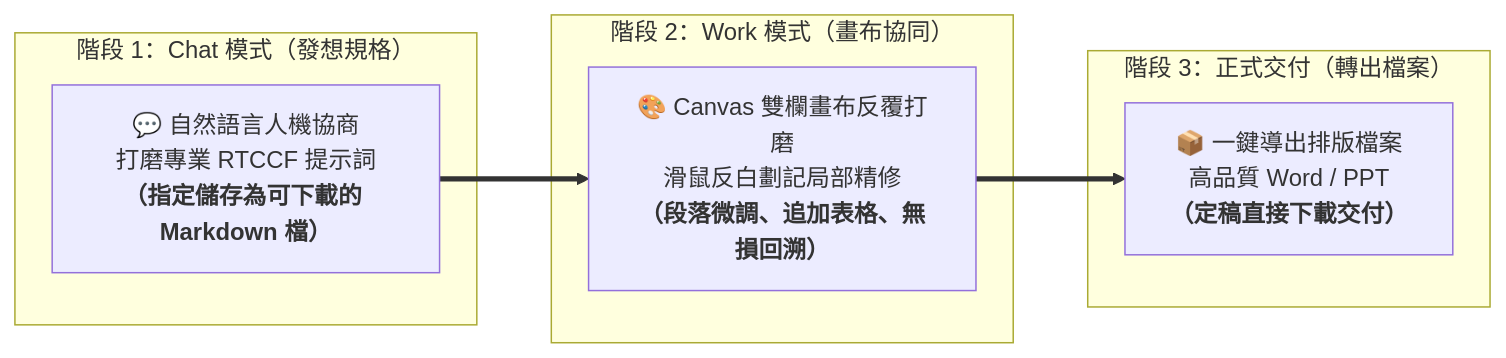
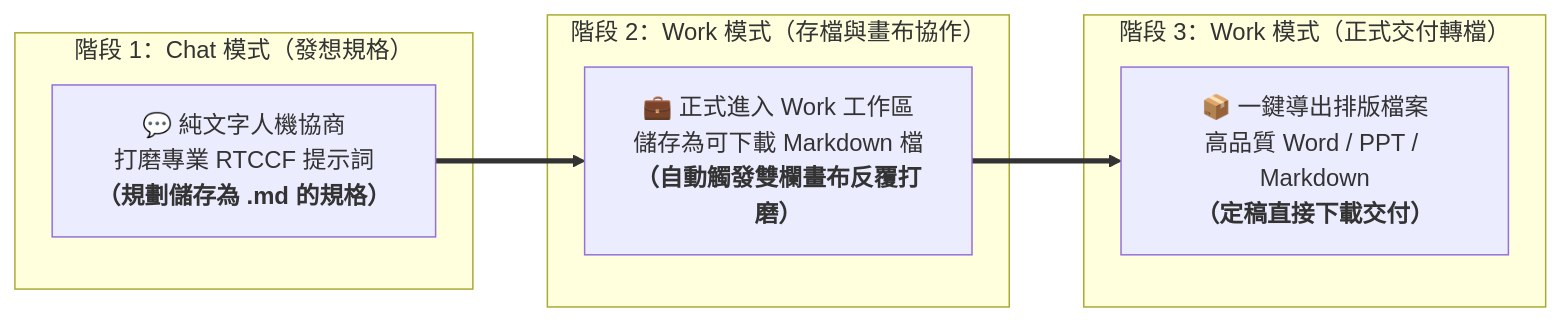
The diagram in chatGPT/03_Canvas/README.md (roberthsu2003/workflow-productivity), drawn with Mermaid before and after one commit. The commit also changed other lines of this file, not shown here.

````diff
--- a/chatGPT/03_Canvas/README.md
+++ b/chatGPT/03_Canvas/README.md
@@ -33,13 +43,13 @@
 ```mermaid
 flowchart LR
     subgraph S1["階段 1：Chat 模式（發想規格）"]
-        A["💬 自然語言人機協商<br>打磨專業 RTCCF 提示詞<br><b>（指定儲存為可下載的 Markdown 檔）</b>"]
+        A["💬 純文字人機協商<br>打磨專業 RTCCF 提示詞<br><b>（規劃儲存為 .md 的規格）</b>"]
     end
-    subgraph S2["階段 2：Work 模式（畫布協同）"]
-        B["🎨 Canvas 雙欄畫布反覆打磨<br>滑鼠反白劃記局部精修<br><b>（段落微調、追加表格、無損回溯）</b>"]
+    subgraph S2["階段 2：Work 模式（存檔與畫布協作）"]
+        B["💼 正式進入 Work 工作區<br>儲存為可下載 Markdown 檔<br><b>（自動觸發雙欄畫布反覆打磨）</b>"]
     end
-    subgraph S3["階段 3：正式交付（轉出檔案）"]
-        C["📦 一鍵導出排版檔案<br>高品質 Word / PPT<br><b>（定稿直接下載交付）</b>"]
+    subgraph S3["階段 3：Work 模式（正式交付轉檔）"]
+        C["📦 一鍵導出排版檔案<br>高品質 Word / PPT / Markdown<br><b>（定稿直接下載交付）</b>"]
     end
     A ==> B ==> C
 ```
````
